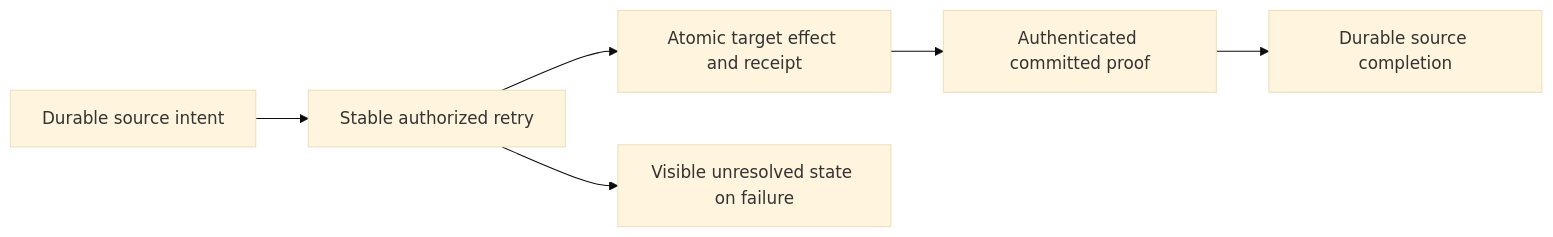
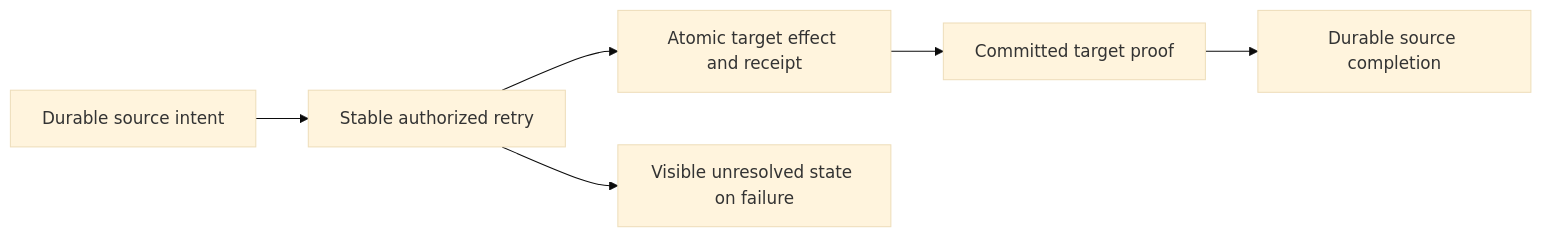
One commit to managedcode/KeyLoad changed the diagram in docs/ADR/ADR-088-remote-queue-transfers.md. Above: the diagram before and after it, drawn with Mermaid (base theme). The commit also changed other lines of this file and 271 other files, not shown here.

````diff
--- a/docs/ADR/ADR-088-remote-queue-transfers.md
+++ b/docs/ADR/ADR-088-remote-queue-transfers.md
@@ -25,8 +25,8 @@
 ```mermaid
 flowchart LR
     Intent[Durable source intent] --> Retry[Stable authorized retry]
     Retry --> Target[Atomic target effect and receipt]
-    Target --> Proof[Authenticated committed proof]
+    Target --> Proof[Committed target proof]
     Proof --> Complete[Durable source completion]
     Retry --> Pending[Visible unresolved state on failure]
 ```
````
